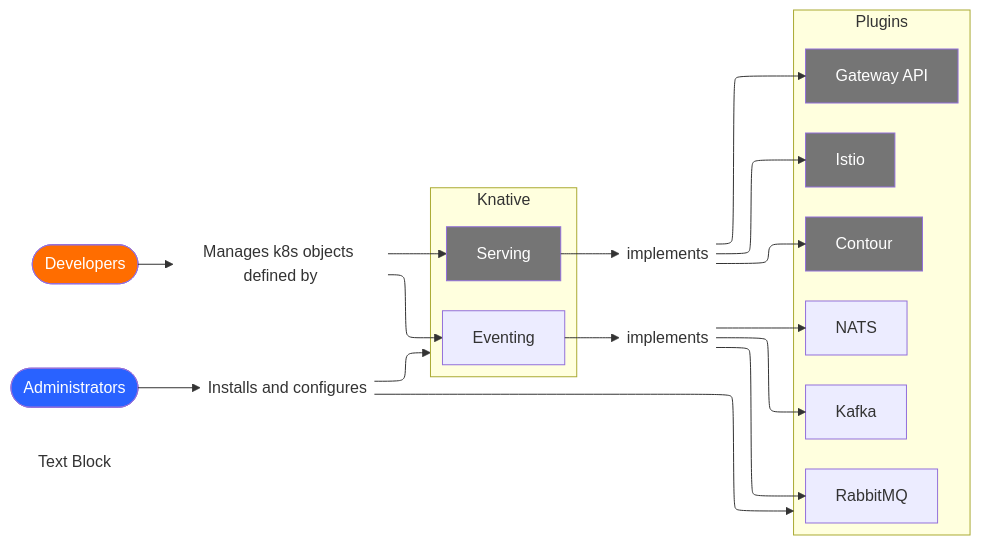
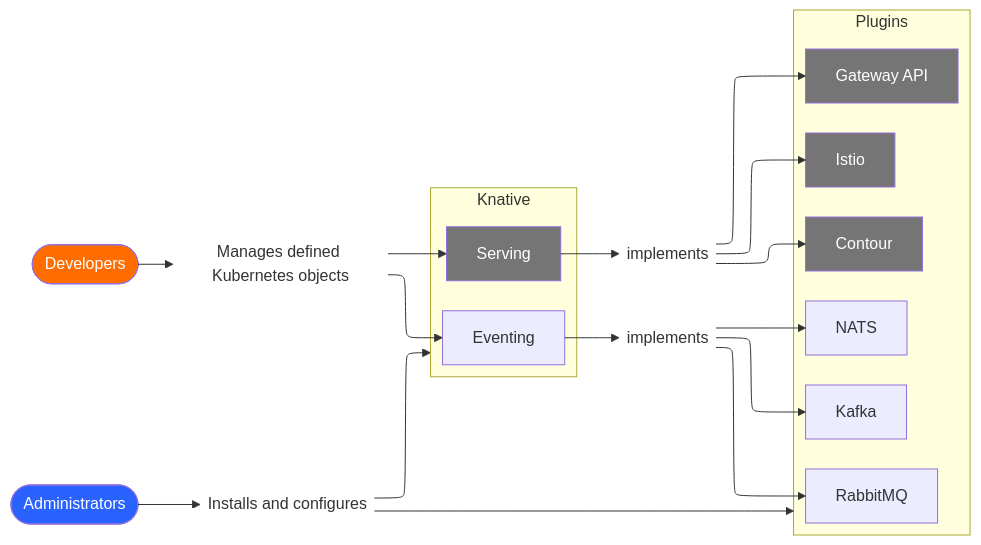
One commit to knative/docs changed the diagram in docs/versioned/admin/admin-overview.md. Above: the diagram before and after it, drawn with Mermaid.

Commit message:
Update admin-overview.md
mermaid testing

````diff
--- a/docs/versioned/admin/admin-overview.md
+++ b/docs/versioned/admin/admin-overview.md
@@ -12,44 +12,43 @@
 ```mermaid
 ---
 config:
   theme: mc
   layout: elk
   look: classic
 ---
 flowchart LR
  subgraph Knative["Knative"]
     direction LR
         Serving["Serving"]
         Eventing["Eventing"]
   end
  subgraph Plugins["Plugins"]
     direction LR
         net-istio["Istio"]
         net-contour["Contour"]
         net-gateway-api["Gateway API"]
         event-kafka["Kafka"]
         event-rabbitmq["RabbitMQ"]
         event-nats["NATS"]
   end
-    Dev(["Developers"]) --> dev-acts["Manages k8s objects defined by"]
+    Dev(["Developers"]) --> dev-acts["Manages defined Kubernetes objects"]
     dev-acts --> Serving & Eventing
     Admin(["Administrators"]) --> admin-acts["Installs and configures"]
     admin-acts --> Knative & Plugins
     Serving --> net-impl["implements"]
     net-impl --> net-istio & net-contour & net-gateway-api
     Eventing --> event-impl["implements"]
     event-impl --> event-kafka & event-rabbitmq & event-nats
-    n1["Text Block"]
     dev-acts@{ shape: text}
     admin-acts@{ shape: text}
     net-impl@{ shape: text}
     event-impl@{ shape: text}
-    n1@{ shape: text}
     style Serving fill:#757575,color:#FFFFFF
     style net-istio fill:#757575,color:#FFFFFF
     style net-contour fill:#757575,color:#FFFFFF
     style net-gateway-api fill:#757575,color:#FFFFFF
     style Dev fill:#FF6D00,color:#FFFFFF
     style Admin fill:#2962FF,color:#FFFFFF
 
+
 ```
````
